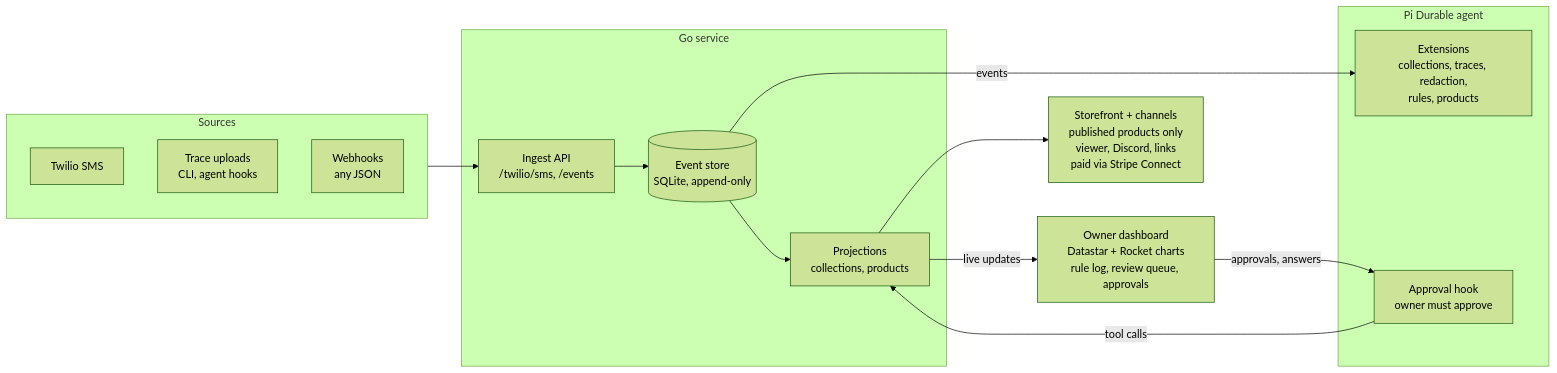
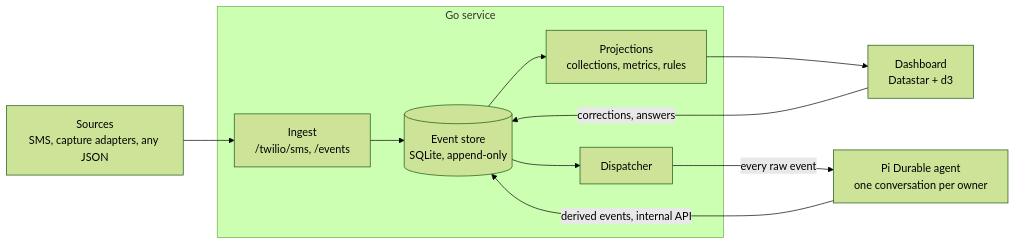
One commit to brojonat/lifestream changed the diagram in VISION.md. Above: the diagram before and after it, drawn with Mermaid (forest theme). The commit also changed other lines of this file and 39 other files, not shown here.

````diff
--- a/VISION.md
+++ b/VISION.md
@@ -547,26 +133,17 @@
 ```mermaid
 flowchart LR
-    subgraph Sources
-        sms[Twilio SMS]
-        traces[Trace uploads<br/>CLI, agent hooks]
-        hooks[Webhooks<br/>any JSON]
+    sources[Sources<br/>SMS, capture adapters, any JSON]
+    subgraph go [Go service]
+        ingest[Ingest<br/>/twilio/sms, /events]
+        store[(Event store<br/>SQLite, append-only)]
+        proj[Projections<br/>collections, metrics, rules]
+        dispatch[Dispatcher]
     end
-    subgraph Go service
-        ingest[Ingest API<br/>/twilio/sms, /events]
-        store[(Event store<br/>SQLite, append-only)]
-        proj[Projections<br/>collections, products]
-    end
-    subgraph agent [Pi Durable agent]
-        ext[Extensions<br/>collections, traces, redaction,<br/>rules, products]
-        hook[Approval hook<br/>owner must approve]
-    end
-    dash[Owner dashboard<br/>Datastar + Rocket charts<br/>rule log, review queue, approvals]
-    shop[Storefront + channels<br/>published products only<br/>viewer, Discord, links<br/>paid via Stripe Connect]
+    agent[Pi Durable agent<br/>one conversation per owner]
+    dash[Dashboard<br/>Datastar + d3]
 
-    Sources --> ingest --> store --> proj
-    store -- events --> ext
-    hook -- tool calls --> proj
-    proj -- live updates --> dash
-    proj --> shop
-    dash -- approvals, answers --> hook
+    sources --> ingest --> store --> proj --> dash
+    store --> dispatch -- every raw event --> agent
+    agent -- derived events, internal API --> store
+    dash -- corrections, answers --> store
 ```
````
